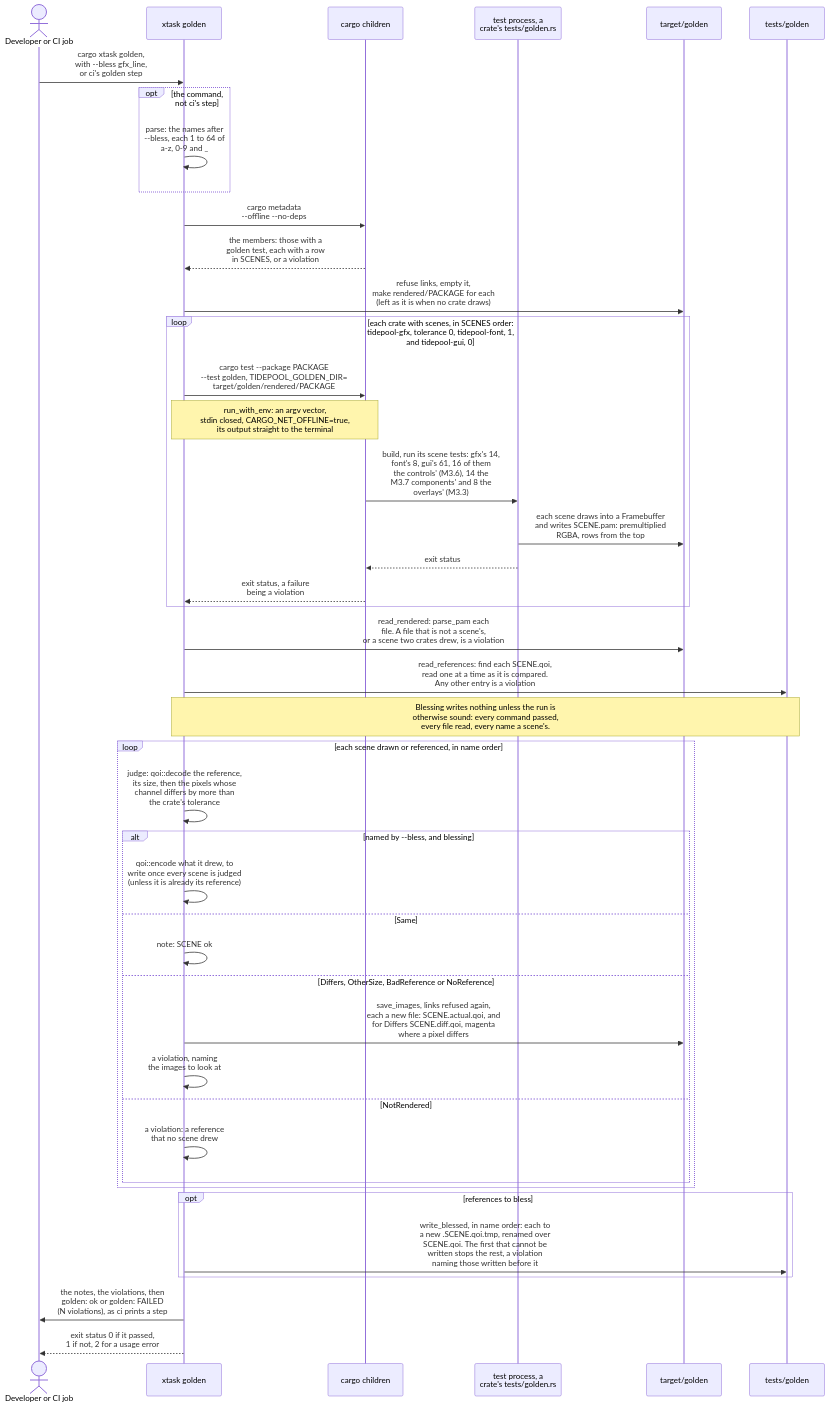
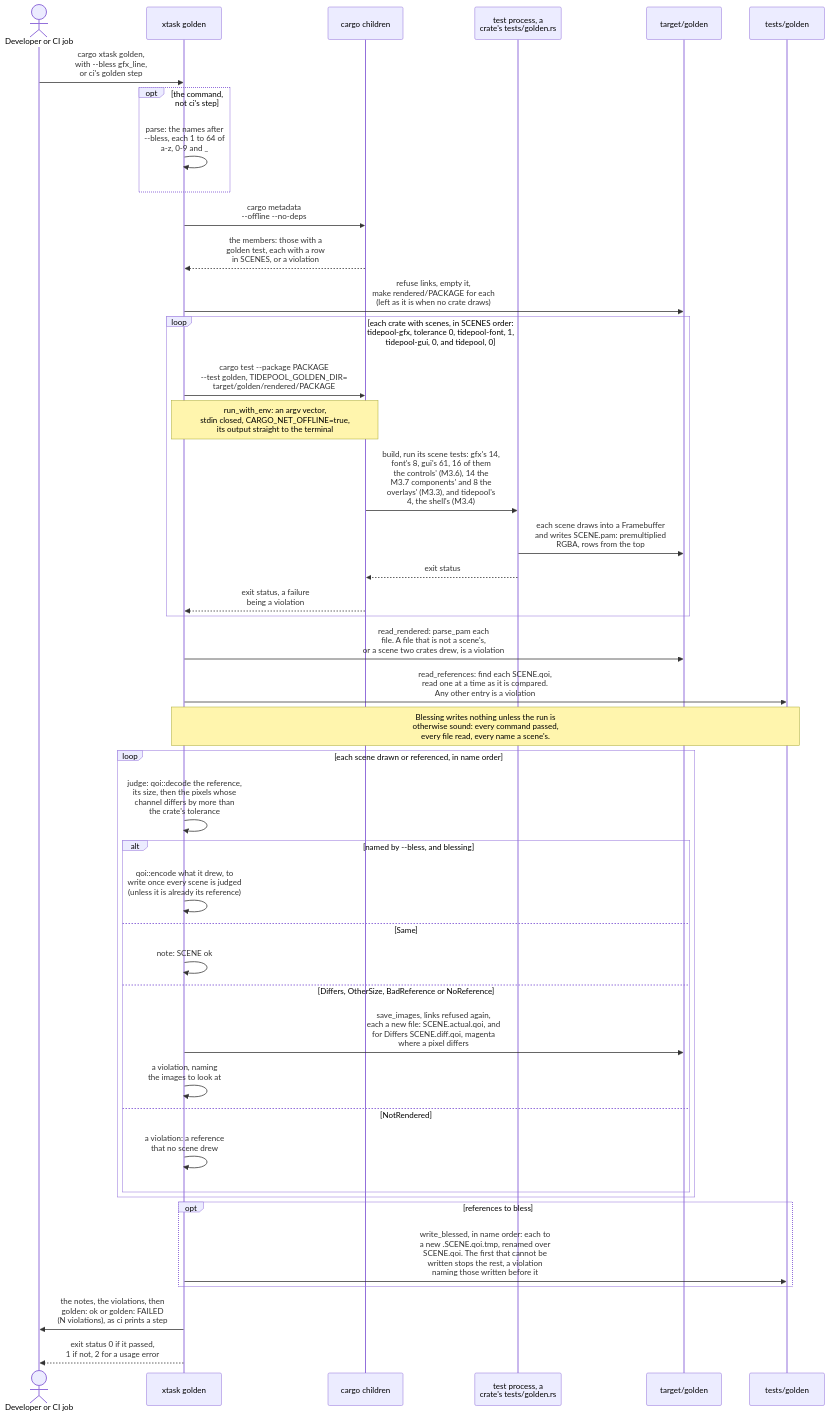
The second of 24 diagrams in diagrams/sequence-diagrams.md (jabbott-iii/Tidepool), drawn with Mermaid before and after one commit. The commit also changed other lines of this file and 38 other files, not shown here.

````diff
--- a/diagrams/sequence-diagrams.md
+++ b/diagrams/sequence-diagrams.md
@@ -142,46 +142,46 @@
 ```mermaid
 sequenceDiagram
     actor Dev as Developer or CI job
     participant Gold as xtask golden
     participant Cargo as cargo children
     participant Test as test process, a<br/>crate's tests/golden.rs
     participant Out as target/golden
     participant Ref as tests/golden
 
     Dev->>Gold: cargo xtask golden,<br/>with --bless gfx_line,<br/>or ci's golden step
     opt the command, not ci's step
         Gold->>Gold: parse: the names after<br/>--bless, each 1 to 64 of<br/>a-z, 0-9 and _
     end
     Gold->>Cargo: cargo metadata<br/>--offline --no-deps
     Cargo-->>Gold: the members: those with a<br/>golden test, each with a row<br/>in SCENES, or a violation
     Gold->>Out: refuse links, empty it,<br/>make rendered/PACKAGE for each<br/>(left as it is when no crate draws)
-    loop each crate with scenes, in SCENES order: tidepool-gfx, tolerance 0, tidepool-font, 1, and tidepool-gui, 0
+    loop each crate with scenes, in SCENES order: tidepool-gfx, tolerance 0, tidepool-font, 1, tidepool-gui, 0, and tidepool, 0
         Gold->>Cargo: cargo test --package PACKAGE<br/>--test golden, TIDEPOOL_GOLDEN_DIR=<br/>target/golden/rendered/PACKAGE
         Note over Gold,Cargo: run_with_env: an argv vector,<br/>stdin closed, CARGO_NET_OFFLINE=true,<br/>its output straight to the terminal
-        Cargo->>Test: build, run its scene tests: gfx's 14,<br/>font's 8, gui's 61, 16 of them<br/>the controls' (M3.6), 14 the<br/>M3.7 components' and 8 the<br/>overlays' (M3.3)
+        Cargo->>Test: build, run its scene tests: gfx's 14,<br/>font's 8, gui's 61, 16 of them<br/>the controls' (M3.6), 14 the<br/>M3.7 components' and 8 the<br/>overlays' (M3.3), and tidepool's<br/>4, the shell's (M3.4)
         Test->>Out: each scene draws into a Framebuffer<br/>and writes SCENE.pam: premultiplied<br/>RGBA, rows from the top
         Test-->>Cargo: exit status
         Cargo-->>Gold: exit status, a failure<br/>being a violation
     end
     Gold->>Out: read_rendered: parse_pam each<br/>file. A file that is not a scene's,<br/>or a scene two crates drew, is a violation
     Gold->>Ref: read_references: find each SCENE.qoi,<br/>read one at a time as it is compared.<br/>Any other entry is a violation
     Note over Gold,Ref: Blessing writes nothing unless the run is<br/>otherwise sound: every command passed,<br/>every file read, every name a scene's.
     loop each scene drawn or referenced, in name order
         Gold->>Gold: judge: qoi::decode the reference,<br/>its size, then the pixels whose<br/>channel differs by more than<br/>the crate's tolerance
         alt named by --bless, and blessing
             Gold->>Gold: qoi::encode what it drew, to<br/>write once every scene is judged<br/>(unless it is already its reference)
         else Same
             Gold->>Gold: note: SCENE ok
         else Differs, OtherSize, BadReference or NoReference
             Gold->>Out: save_images, links refused again,<br/>each a new file: SCENE.actual.qoi, and<br/>for Differs SCENE.diff.qoi, magenta<br/>where a pixel differs
             Gold->>Gold: a violation, naming<br/>the images to look at
         else NotRendered
             Gold->>Gold: a violation: a reference<br/>that no scene drew
         end
     end
     opt references to bless
         Gold->>Ref: write_blessed, in name order: each to<br/>a new .SCENE.qoi.tmp, renamed over<br/>SCENE.qoi. The first that cannot be<br/>written stops the rest, a violation<br/>naming those written before it
     end
     Gold->>Dev: the notes, the violations, then<br/>golden: ok or golden: FAILED<br/>(N violations), as ci prints a step
     Gold-->>Dev: exit status 0 if it passed,<br/>1 if not, 2 for a usage error
 ```
````
